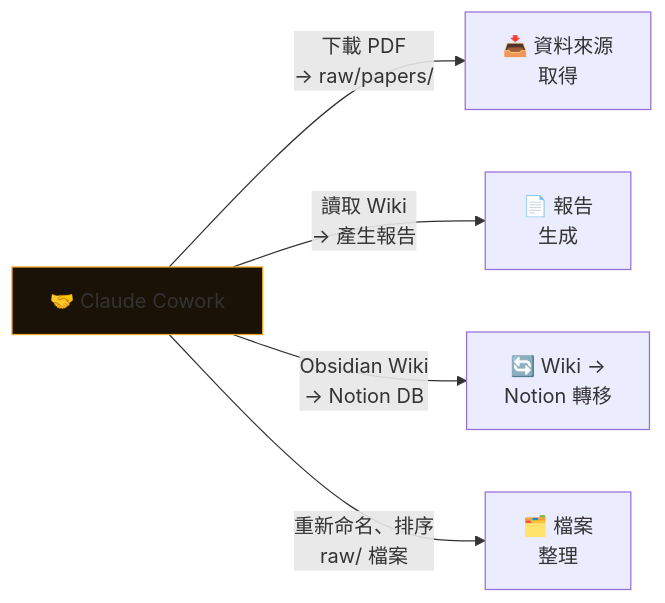
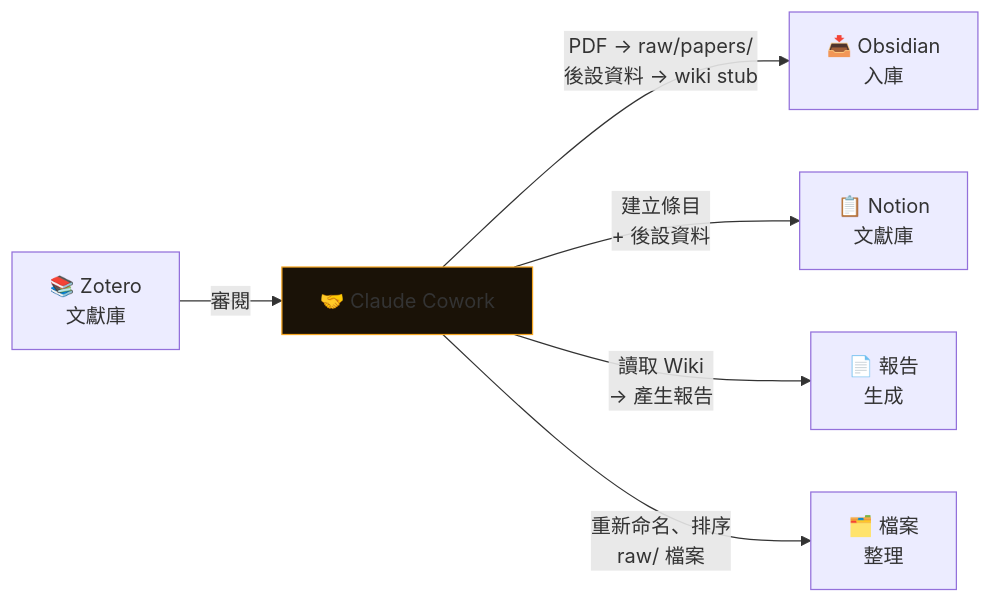
Before and after one commit to omankz/Hermes-Agent---Claude-Cowork---Notion---Obsidian: the sixth of 7 diagrams in README-zh-tw.md, drawn with Mermaid. The commit also changed other lines of this file, not shown here.

First line of the commit message:
Enhance README with Zotero integration information

````diff
--- a/README-zh-tw.md
+++ b/README-zh-tw.md
@@ -605,10 +709,12 @@
 ```mermaid
 flowchart LR
+    ZT["📚 Zotero\n文獻庫"]
     CC["🤝 Claude Cowork"]
-    CC -->|"下載 PDF\n→ raw/papers/"| ACQ["📥 資料來源\n取得"]
+    ZT -->|"審閱"| CC
+    CC -->|"PDF → raw/papers/\n後設資料 → wiki stub"| ACQ["📥 Obsidian\n入庫"]
+    CC -->|"建立條目\n+ 後設資料"| NT2["📋 Notion\n文獻庫"]
     CC -->|"讀取 Wiki\n→ 產生報告"| REP["📄 報告\n生成"]
-    CC -->|"Obsidian Wiki\n→ Notion DB"| TRF["🔄 Wiki →\nNotion 轉移"]
     CC -->|"重新命名、排序\nraw/ 檔案"| ORG["🗂️ 檔案\n整理"]
 
     style CC fill:#1a1207,stroke:#f5a623
 ```
````
